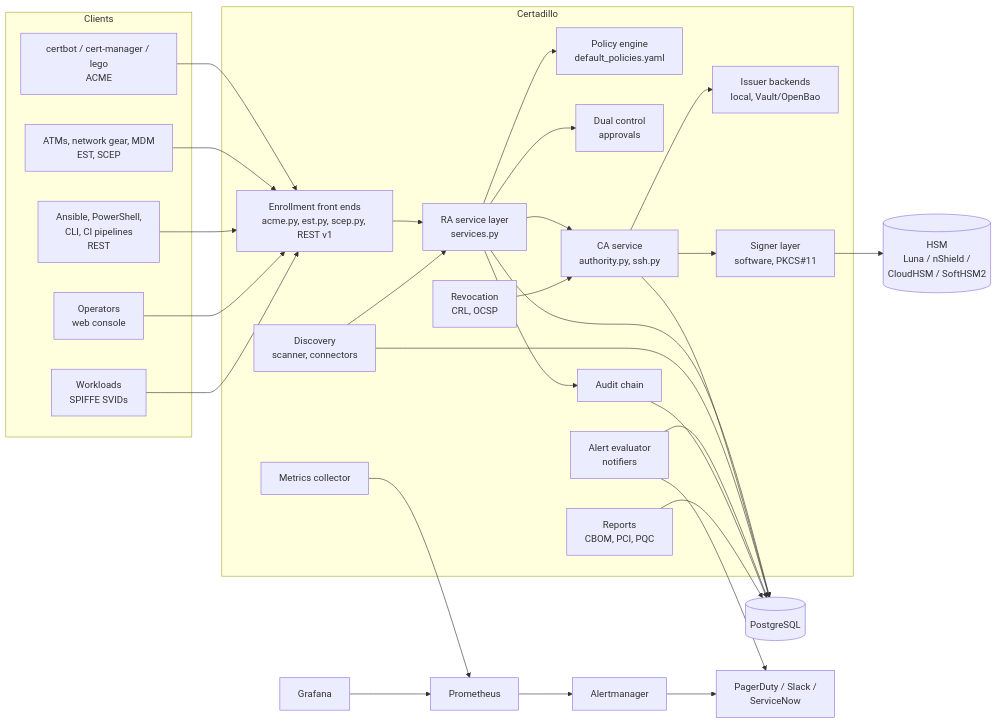
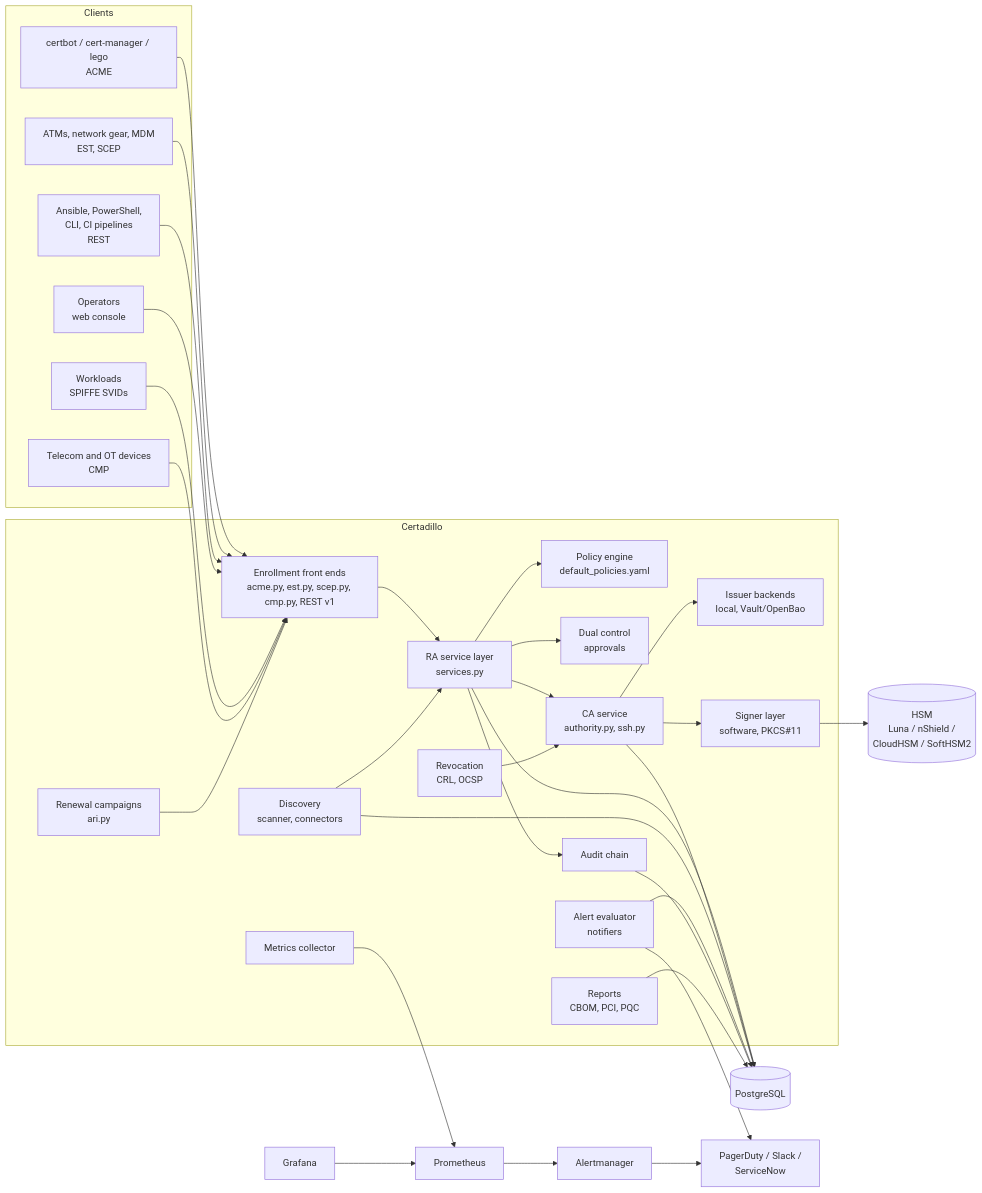
Before and after one commit to FlavioImbertDomingos/certadillo: the diagram in docs/ARCHITECTURE.md, drawn with Mermaid. The commit also changed other lines of this file and 34 other files, not shown here.

````diff
--- a/docs/ARCHITECTURE.md
+++ b/docs/ARCHITECTURE.md
@@ -14,40 +14,43 @@
 ```mermaid
 flowchart LR
   subgraph Clients
     A1[certbot / cert-manager / lego<br/>ACME]
     A2[ATMs, network gear, MDM<br/>EST, SCEP]
+    A6[Telecom and OT devices<br/>CMP]
     A3[Ansible, PowerShell,<br/>CLI, CI pipelines<br/>REST]
     A4[Operators<br/>web console]
     A5[Workloads<br/>SPIFFE SVIDs]
   end
   subgraph Certadillo
-    E[Enrollment front ends<br/>acme.py, est.py, scep.py, REST v1]
+    E[Enrollment front ends<br/>acme.py, est.py, scep.py, cmp.py, REST v1]
+    ARI[Renewal campaigns<br/>ari.py]
     RA[RA service layer<br/>services.py]
     P[Policy engine<br/>default_policies.yaml]
     DC[Dual control<br/>approvals]
     CA[CA service<br/>authority.py, ssh.py]
     BK[Issuer backends<br/>local, Vault/OpenBao]
     S[Signer layer<br/>software, PKCS#11]
     R[Revocation<br/>CRL, OCSP]
     D[Discovery<br/>scanner, connectors]
     AL[Alert evaluator<br/>notifiers]
     AU[Audit chain]
     M[Metrics collector]
     REP[Reports<br/>CBOM, PCI, PQC]
   end
   HSM[(HSM<br/>Luna / nShield /<br/>CloudHSM / SoftHSM2)]
   DB[(PostgreSQL)]
   PR[Prometheus] --> AM[Alertmanager] --> OC[PagerDuty / Slack /<br/>ServiceNow]
   G[Grafana] --> PR
-  A1 & A2 & A3 & A4 & A5 --> E --> RA
+  A1 & A2 & A3 & A4 & A5 & A6 --> E --> RA
+  ARI --> E
   RA --> P
   RA --> DC
   RA --> CA --> BK
   CA --> S --> HSM
   RA --> AU
   R --> CA
   D --> RA
   AL --> OC
   M --> PR
   RA & CA & D & AL & AU & REP --> DB
 ```
````
